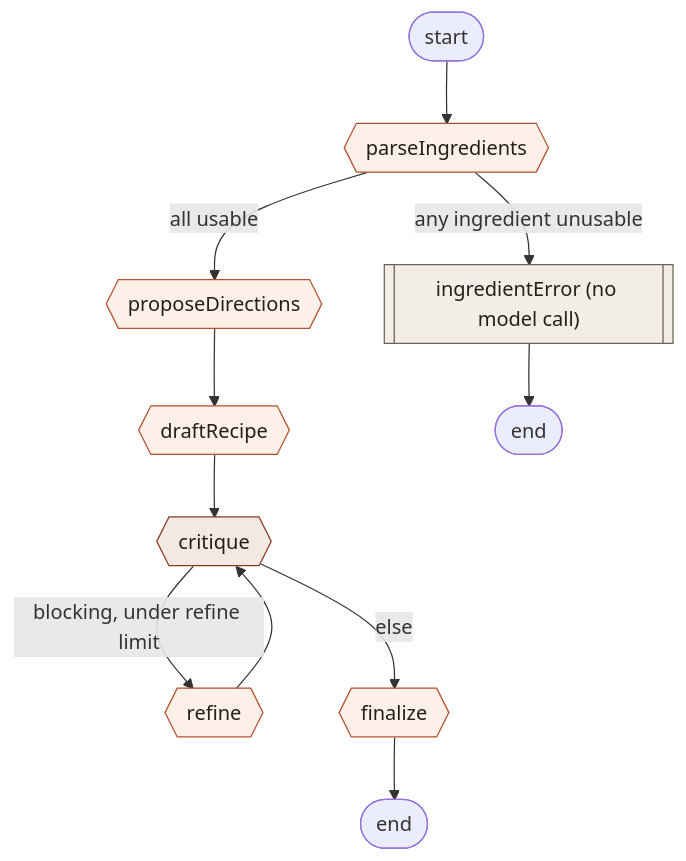
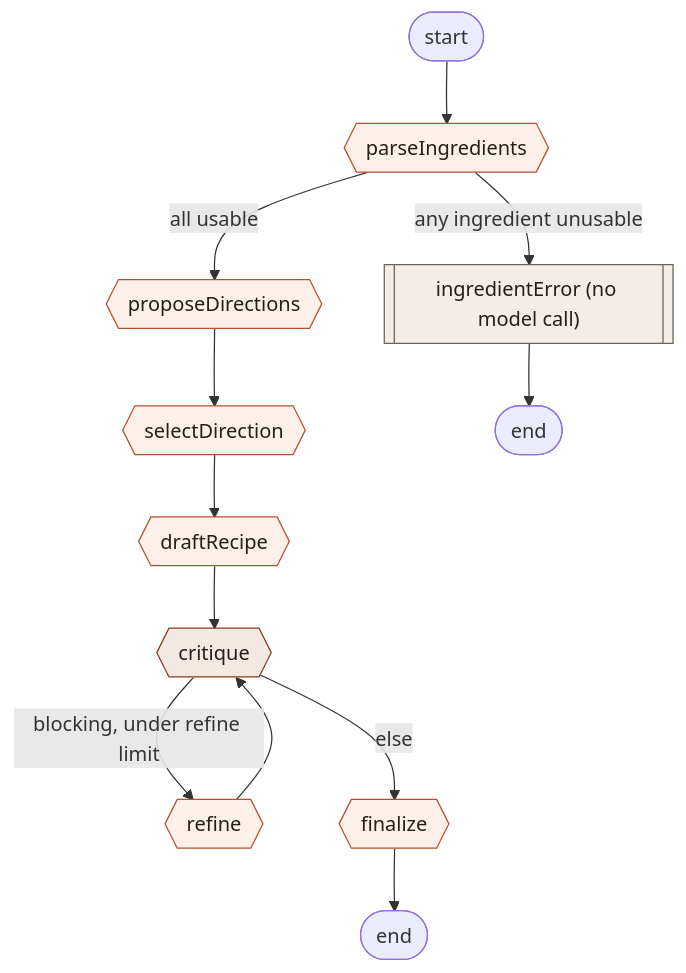
Before and after one commit to jf8peas/recipe-agent: the diagram in README.md, drawn with Mermaid. The commit also changed other lines of this file and 21 other files, not shown here.

````diff
--- a/README.md
+++ b/README.md
@@ -52,24 +63,25 @@
 ```mermaid
 flowchart TD
     START(["start"]) --> parseIngredients
 
     parseIngredients{{"parseIngredients"}} -->|"any ingredient unusable"| ingredientError[["ingredientError (no model call)"]]
     parseIngredients -->|"all usable"| proposeDirections{{"proposeDirections"}}
 
-    proposeDirections --> draftRecipe{{"draftRecipe"}}
+    proposeDirections --> selectDirection{{"selectDirection"}}
+    selectDirection --> draftRecipe{{"draftRecipe"}}
     draftRecipe --> critique{{"critique"}}
 
     critique -->|"blocking, under refine limit"| refine{{"refine"}}
     critique -->|"else"| finalize{{"finalize"}}
     refine --> critique
 
     ingredientError --> END1(["end"])
     finalize --> END2(["end"])
 
     classDef model fill:#fdf0e8,stroke:#b5502f,color:#241f1a;
     classDef critiqueModel fill:#f4e8e3,stroke:#8a3a20,color:#241f1a;
     classDef terminal fill:#f2ede6,stroke:#6b6156,color:#241f1a;
-    class parseIngredients,proposeDirections,draftRecipe,refine,finalize model;
+    class parseIngredients,proposeDirections,selectDirection,draftRecipe,refine,finalize model;
     class critique critiqueModel;
     class ingredientError terminal;
 ```
````
